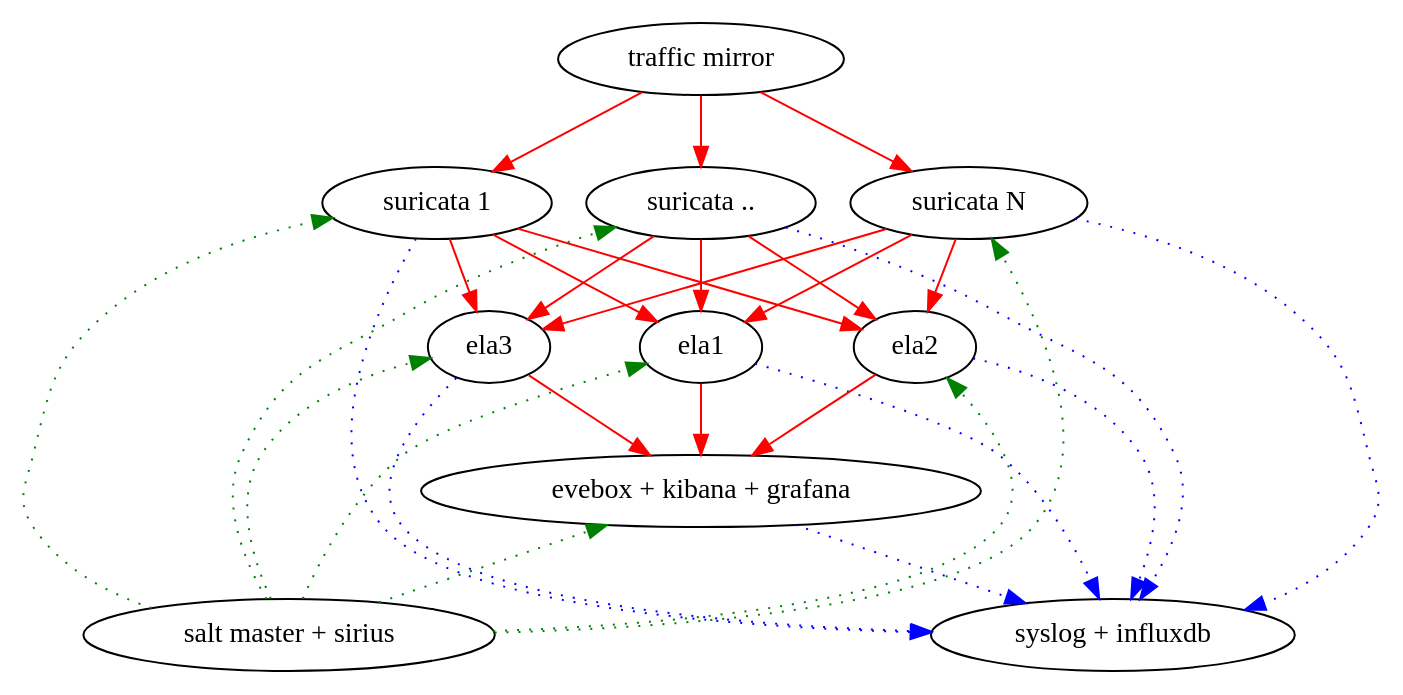
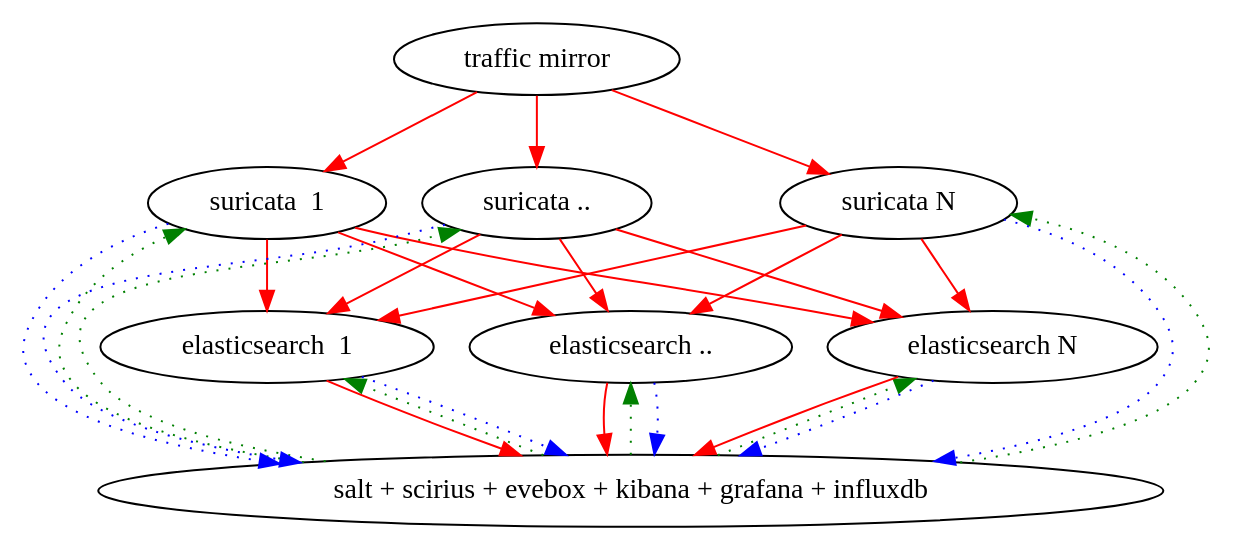
Before and after one commit to hillar/CDMCS: the diagram in suricata/day_2/suriN.dot, drawn with Graphviz. The commit also changed 1 other file, not shown here.

Commit message:
suricata day 2 updated 'picture'

```diff
--- a/suricata/day_2/suriN.dot
+++ b/suricata/day_2/suriN.dot
@@ -1,14 +1,22 @@
 digraph G {
+
 {rank=min gigamon}
-gigamon->{suri1 suri2 suri3} -> {ela1 ela2 ela3}->viewer [color="red"]
-master->{suri1 suri2 suri3 ela1 ela2 ela3 viewer} [style="dotted", color="green" ]
-{suri1 suri2 suri3 ela1 ela2 ela3 viewer}->syslog [style="dotted", color="blue" ]
-{rank=max master syslog}
+{rank=max admin}
+
 gigamon [label="traffic mirror"]
-suri1 [label="suricata 1"]
-suri2 [label="suricata .."]
-suri3 [label="suricata N"]
-viewer [label=" evebox + kibana + grafana"]
-master [label="salt master + sirius"]
-syslog [label="syslog + influxdb"]
+suri1   [label="suricata  1"]
+suri2   [label="suricata .."]
+suri3   [label="suricata N"]
+ela1    [label="elasticsearch  1"]
+ela2    [label="elasticsearch .."]
+ela3    [label="elasticsearch N"]
+admin   [label=" salt + scirius + evebox + kibana + grafana + influxdb"]
+
+# data
+gigamon -> {suri1 suri2 suri3} -> {ela1 ela2 ela3} -> admin [color="red"]
+# master
+admin -> {suri1 suri2 suri3 ela1 ela2 ela3} [style="dotted", color="green" ]
+# metrix
+{suri1 suri2 suri3 ela1 ela2 ela3} -> admin [style="dotted", color="blue" ]
+
 }
```
